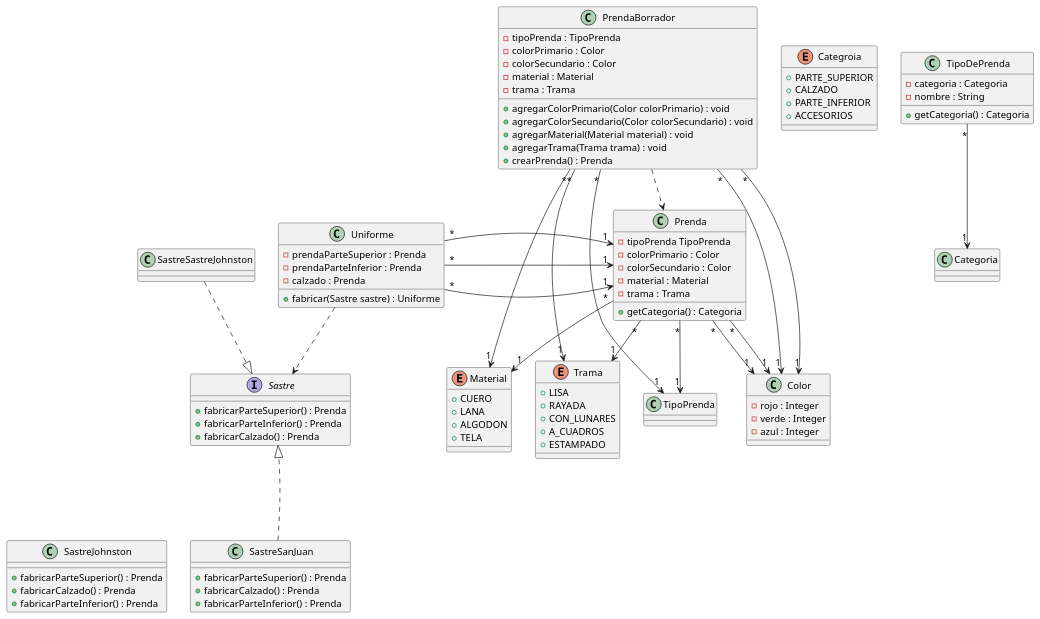
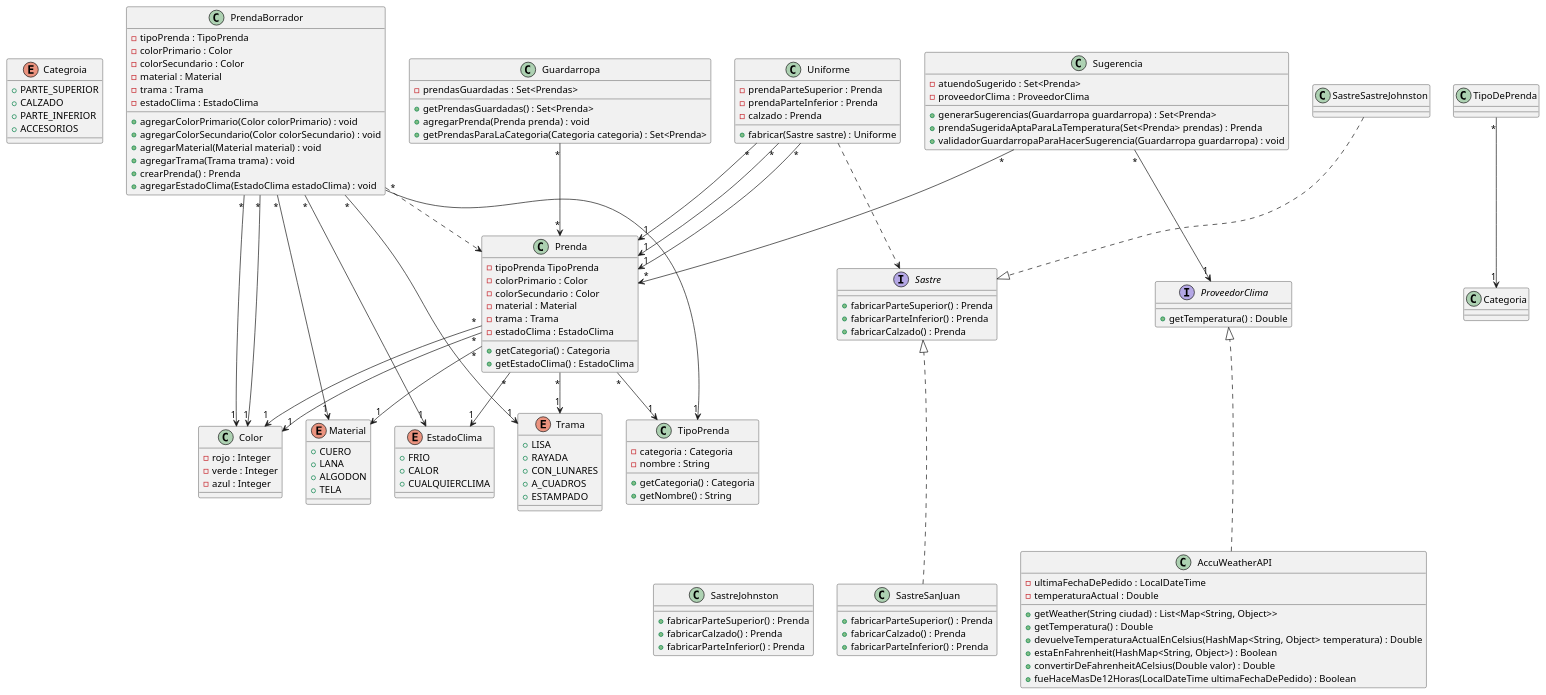
Before and after one commit to natybekerman/QueMePongo: the diagram in Diagrama.puml, drawn with PlantUML.

```diff
--- a/Diagrama.puml
+++ b/Diagrama.puml
@@ -1,109 +1,160 @@
 @startuml
 
 enum Categroia{
     +PARTE_SUPERIOR
     +CALZADO
     +PARTE_INFERIOR
     +ACCESORIOS
 }
 
 class Color {
     -rojo : Integer
     -verde : Integer
     -azul : Integer
 }
 
 enum Material {
     +CUERO
     +LANA
     +ALGODON
     +TELA
 }
 
 class Prenda {
     -tipoPrenda TipoPrenda
     -colorPrimario : Color
     -colorSecundario : Color
     -material : Material
     -trama : Trama
+    -estadoClima : EstadoClima
 
     +getCategoria() : Categoria
+    +getEstadoClima() : EstadoClima
 }
 
 class PrendaBorrador {
     -tipoPrenda : TipoPrenda
     -colorPrimario : Color
     -colorSecundario : Color
     -material : Material
     -trama : Trama
+    -estadoClima : EstadoClima
 
     +agregarColorPrimario(Color colorPrimario) : void
     +agregarColorSecundario(Color colorSecundario) : void
     +agregarMaterial(Material material) : void
     +agregarTrama(Trama trama) : void
     +crearPrenda() : Prenda
+    +agregarEstadoClima(EstadoClima estadoClima) : void
 }
 
 interface Sastre {
     +fabricarParteSuperior() : Prenda
     +fabricarParteInferior() : Prenda
     +fabricarCalzado() : Prenda
 }
 
 class SastreJohnston {
   +fabricarParteSuperior() : Prenda
   +fabricarCalzado() : Prenda
   +fabricarParteInferior() : Prenda
 }
 
 class SastreSanJuan {
   +fabricarParteSuperior() : Prenda
   +fabricarCalzado() : Prenda
   +fabricarParteInferior() : Prenda
 }
 
-class TipoDePrenda {
+class TipoPrenda {
    -categoria : Categoria
    -nombre : String
 
     +getCategoria() : Categoria
+    +getNombre() : String
 }
 
 enum Trama {
     +LISA
     +RAYADA
     +CON_LUNARES
     +A_CUADROS
     +ESTAMPADO
 }
 
 class Uniforme {
     -prendaParteSuperior : Prenda
     -prendaParteInferior : Prenda
     -calzado : Prenda
 
     +fabricar(Sastre sastre) : Uniforme
 }
 
+class Sugerencia {
+    -atuendoSugerido : Set<Prenda>
+    -proveedorClima : ProveedorClima
+    
+    +generarSugerencias(Guardarropa guardarropa) : Set<Prenda>
+    +prendaSugeridaAptaParaLaTemperatura(Set<Prenda> prendas) : Prenda
+    +validadorGuardarropaParaHacerSugerencia(Guardarropa guardarropa) : void
+}
+
+class Guardarropa {
+    -prendasGuardadas : Set<Prendas>
+    
+    +getPrendasGuardadas() : Set<Prenda>
+    +agregarPrenda(Prenda prenda) : void
+    +getPrendasParaLaCategoria(Categoria categoria) : Set<Prenda>
+}
+
+enum EstadoClima{
+    +FRIO
+    +CALOR
+    +CUALQUIERCLIMA
+}
+
+interface ProveedorClima {
+    +getTemperatura() : Double
+}
+
+class AccuWeatherAPI {
+    -ultimaFechaDePedido : LocalDateTime
+    -temperaturaActual : Double
+    
+    +getWeather(String ciudad) : List<Map<String, Object>>
+    +getTemperatura() : Double
+    +devuelveTemperaturaActualEnCelsius(HashMap<String, Object> temperatura) : Double
+    +estaEnFahrenheit(HashMap<String, Object>) : Boolean
+    +convertirDeFahrenheitACelsius(Double valor) : Double
+    +fueHaceMasDe12Horas(LocalDateTime ultimaFechaDePedido) : Boolean
+}
+
 Prenda "*" --> "1" TipoPrenda
 Prenda "*" --> "1" Color
 Prenda "*" --> "1" Color
 Prenda "*" --> "1" Material
 Prenda "*" --> "1" Trama
+Prenda "*" --> "1" EstadoClima
 PrendaBorrador "*" --> "1" TipoPrenda
 PrendaBorrador "*" --> "1" Color
 PrendaBorrador "*" --> "1" Color
 PrendaBorrador "*" --> "1" Material
 PrendaBorrador "*" --> "1" Trama
+PrendaBorrador "*" --> "1" EstadoClima
 PrendaBorrador ..> Prenda
 Sastre -[hidden]--> SastreSanJuan
 Sastre -[hidden]--> SastreJohnston
 SastreSanJuan ..|> Sastre
 SastreSastreJohnston ..|> Sastre
 TipoDePrenda "*" --> "1" Categoria
-Uniforme "*" -> "1" Prenda
-Uniforme "*" -> "1" Prenda
-Uniforme "*" -> "1" Prenda
+Uniforme "*" --> "1" Prenda
+Uniforme "*" --> "1" Prenda
+Uniforme "*" --> "1" Prenda
 Uniforme ..> Sastre
+Sugerencia "*" --> "*" Prenda
+Sugerencia "*" --> "1" ProveedorClima
+Guardarropa "*" --> "*" Prenda 
+AccuWeatherAPI ..|> ProveedorClima
+ProveedorClima -[hidden]--> AccuWeatherAPI
 
 @enduml
```
